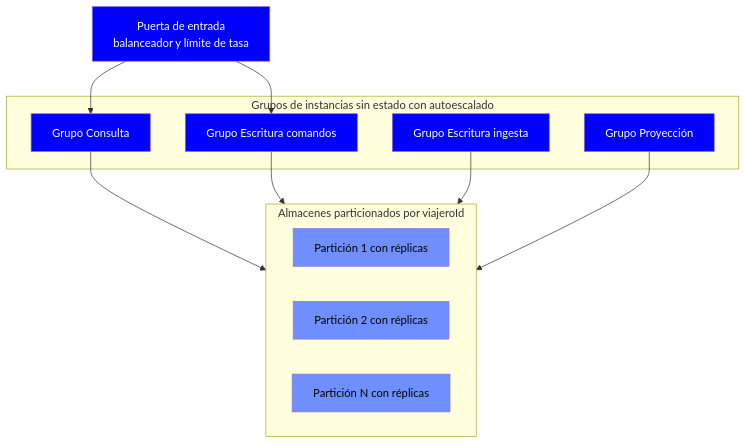
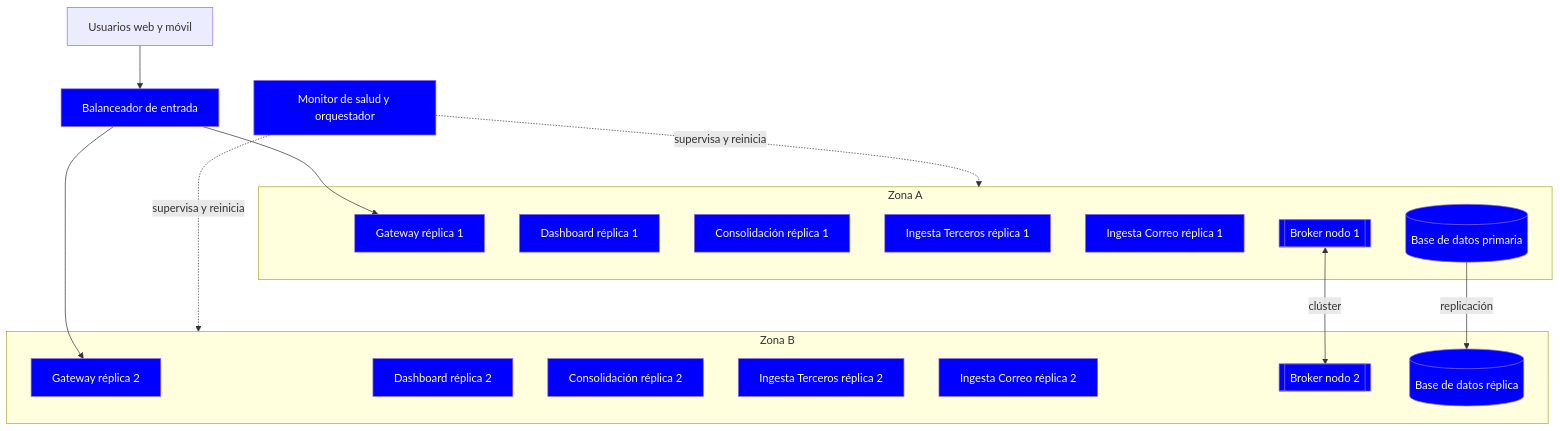
Before and after one commit to RubeKN/trotamundos: the fifth of 5 diagrams in docs/02-add/iteracion-2-llm.md, drawn with Mermaid. The commit also changed other lines of this file and 8 other files, not shown here.

````diff
--- a/docs/02-add/iteracion-2-llm.md
+++ b/docs/02-add/iteracion-2-llm.md
@@ -407,29 +422,38 @@
 ```mermaid
 flowchart TB
-    GW["Puerta de entrada<br/>balanceador y límite de tasa"]
+    Usuarios["Usuarios web y móvil"]
+    LB["Balanceador de entrada"]
 
-    subgraph GRUPOS ["Grupos de instancias sin estado con autoescalado"]
-        GQ["Grupo Consulta"]
-        GC["Grupo Escritura comandos"]
-        GI["Grupo Escritura ingesta"]
-        GP["Grupo Proyección"]
+    subgraph ZonaA ["Zona A"]
+        GWA["Gateway réplica 1"]
+        DashA["Dashboard réplica 1"]
+        ConsA["Consolidación réplica 1"]
+        IngTA["Ingesta Terceros réplica 1"]
+        IngCA["Ingesta Correo réplica 1"]
+        BrokerA[["Broker nodo 1"]]
+        DBP[("Base de datos primaria")]
     end
 
-    subgraph DATOS ["Almacenes particionados por viajeroId"]
-        P1["Partición 1 con réplicas"]
-        P2["Partición 2 con réplicas"]
-        PN["Partición N con réplicas"]
+    subgraph ZonaB ["Zona B"]
+        GWB["Gateway réplica 2"]
+        DashB["Dashboard réplica 2"]
+        ConsB["Consolidación réplica 2"]
+        IngTB["Ingesta Terceros réplica 2"]
+        IngCB["Ingesta Correo réplica 2"]
+        BrokerB[["Broker nodo 2"]]
+        DBR[("Base de datos réplica")]
     end
 
-    GW --> GQ
-    GW --> GC
-    GQ --> DATOS
-    GC --> DATOS
-    GI --> DATOS
-    GP --> DATOS
+    MonitorEx["Monitor de salud y orquestador"]
+
+    Usuarios --> LB
+    LB --> GWA
+    LB --> GWB
+    DBP -->|"replicación"| DBR
+    BrokerA <-->|"clúster"| BrokerB
+    MonitorEx -.->|"supervisa y reinicia"| ZonaA
+    MonitorEx -.->|"supervisa y reinicia"| ZonaB
 
     classDef core fill:#0000ff,color:#ffffff
-    classDef datos fill:#6f8fff,color:#000000
-    class GW,GQ,GC,GI,GP core
-    class P1,P2,PN datos
+    class GWA,GWB,DashA,DashB,ConsA,ConsB,IngTA,IngTB,IngCA,IngCB,BrokerA,BrokerB,DBP,DBR,MonitorEx,LB core
 ```
````
